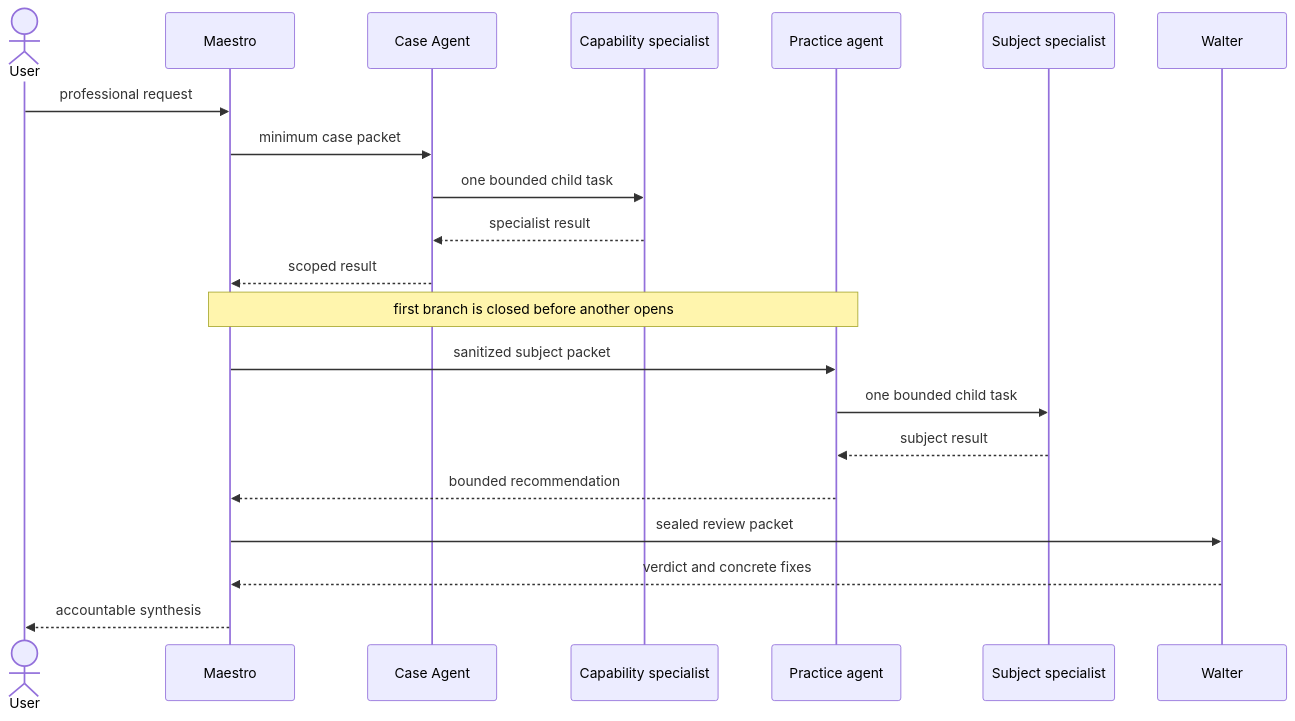
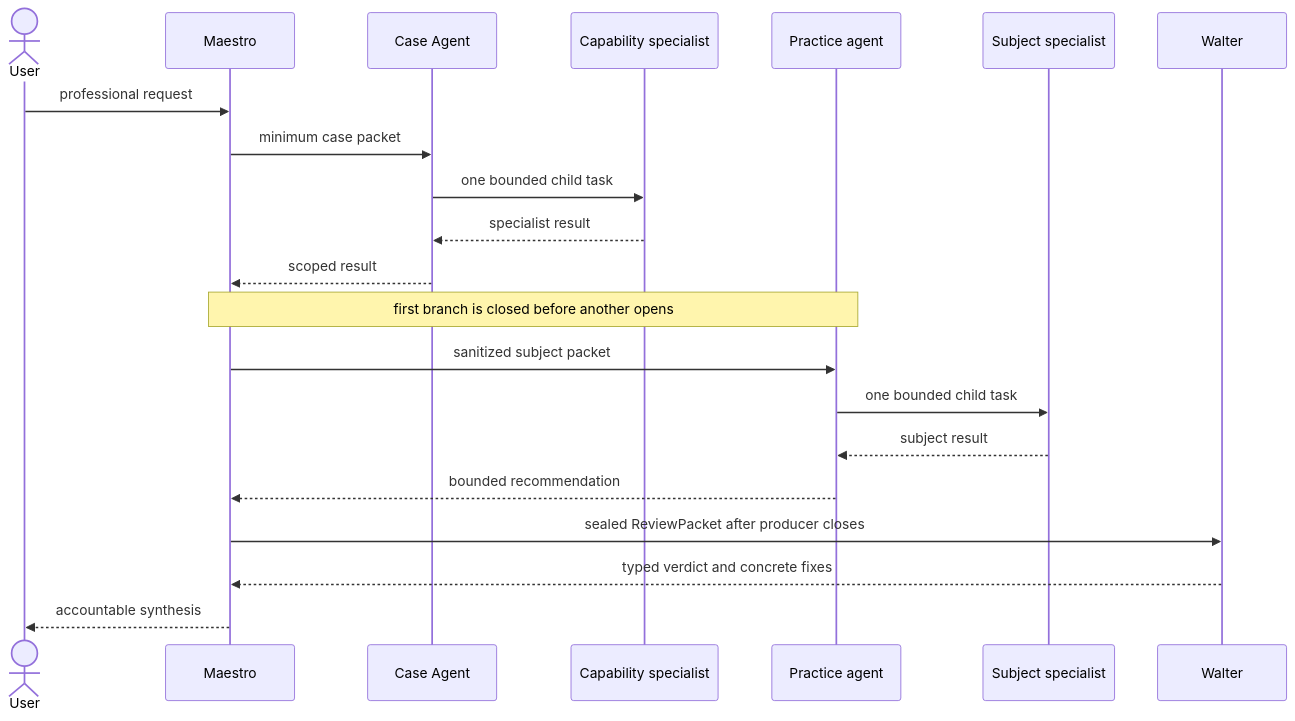
Before and after one commit to agentic-os-brasil/bcg-brasil-agentic-os: the second of 3 diagrams in specs/018-maestro-core-agents.md, drawn with Mermaid. The commit also changed other lines of this file and 12 other files, not shown here.

Commit message:
feat(maestro): wire material reviews through Walter

````diff
--- a/specs/018-maestro-core-agents.md
+++ b/specs/018-maestro-core-agents.md
@@ -99,24 +108,24 @@
 ```mermaid
 sequenceDiagram
     actor User
     participant Maestro
     participant Case as Case Agent
     participant Capability as Capability specialist
     participant Practice as Practice agent
     participant Subject as Subject specialist
     participant Walter
 
     User->>Maestro: professional request
     Maestro->>Case: minimum case packet
     Case->>Capability: one bounded child task
     Capability-->>Case: specialist result
     Case-->>Maestro: scoped result
     Note over Maestro,Practice: first branch is closed before another opens
     Maestro->>Practice: sanitized subject packet
     Practice->>Subject: one bounded child task
     Subject-->>Practice: subject result
     Practice-->>Maestro: bounded recommendation
-    Maestro->>Walter: sealed review packet
-    Walter-->>Maestro: verdict and concrete fixes
+    Maestro->>Walter: sealed ReviewPacket after producer closes
+    Walter-->>Maestro: typed verdict and concrete fixes
     Maestro-->>User: accountable synthesis
 ```
````
